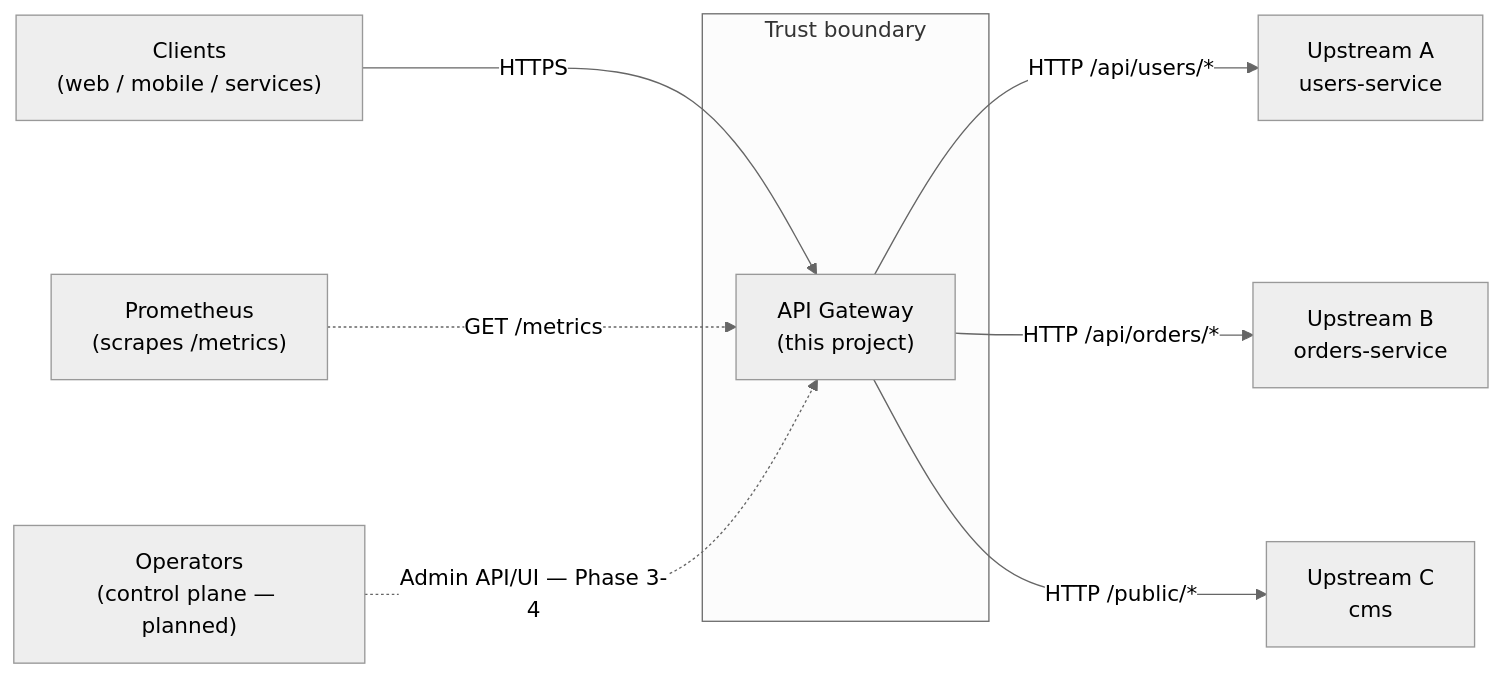
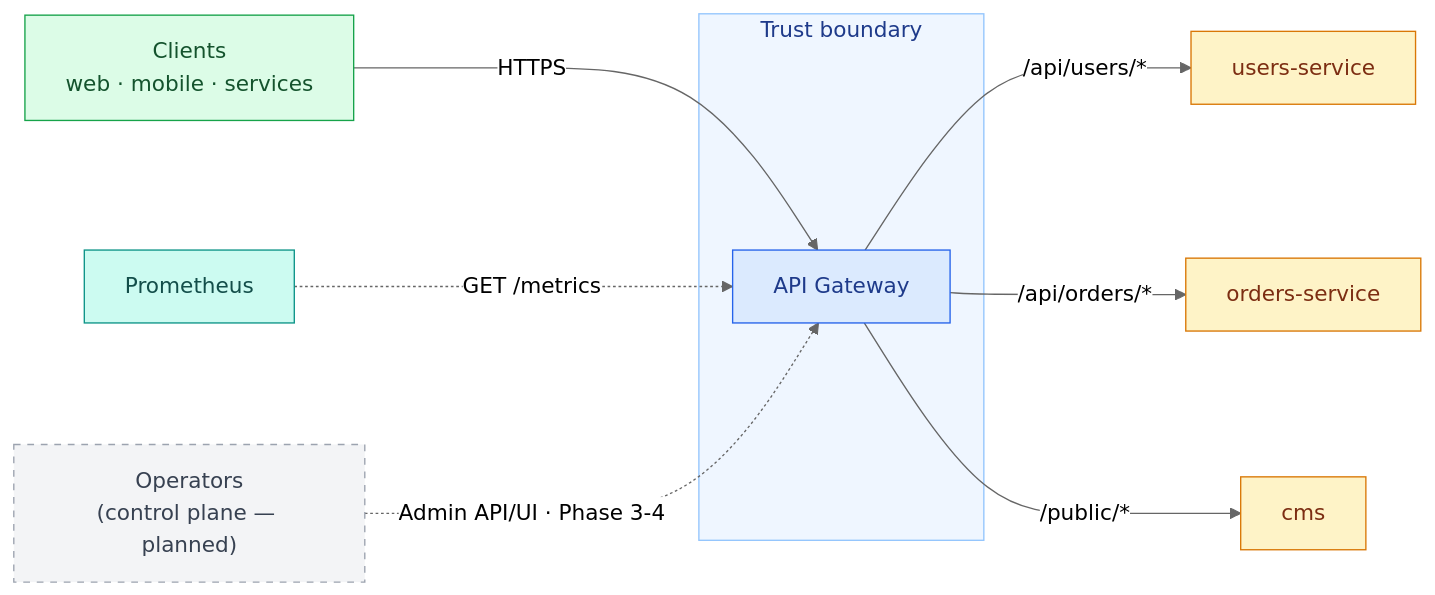
Before and after one commit to mohabnazmy/API-Gateway: the second of 15 diagrams in docs/architecture.md, drawn with Mermaid (neutral theme). The commit also changed other lines of this file, not shown here.

First line of the commit message:
docs: make architecture diagram-heavy and colored

````diff
--- a/docs/architecture.md
+++ b/docs/architecture.md
@@ -24,19 +47,28 @@
 ```mermaid
 flowchart LR
-    client["Clients<br/>(web / mobile / services)"]
+    client["Clients<br/>web · mobile · services"]:::client
+
     subgraph edge["Trust boundary"]
-        gw["API Gateway<br/>(this project)"]
+        gw["API Gateway"]:::gw
     end
-    upA["Upstream A<br/>users-service"]
-    upB["Upstream B<br/>orders-service"]
-    upC["Upstream C<br/>cms"]
-    prom["Prometheus<br/>(scrapes /metrics)"]
-    ops["Operators<br/>(control plane — planned)"]
+
+    upA["users-service"]:::up
+    upB["orders-service"]:::up
+    upC["cms"]:::up
+    prom["Prometheus"]:::obs
+    ops["Operators<br/>(control plane — planned)"]:::planned
 
     client -->|HTTPS| gw
-    gw -->|HTTP /api/users/*| upA
-    gw -->|HTTP /api/orders/*| upB
-    gw -->|HTTP /public/*| upC
+    gw -->|/api/users/*| upA
+    gw -->|/api/orders/*| upB
+    gw -->|/public/*| upC
     prom -.->|GET /metrics| gw
-    ops -.->|Admin API/UI — Phase 3-4| gw
+    ops -.->|Admin API/UI · Phase 3-4| gw
+
+    classDef client fill:#dcfce7,stroke:#16a34a,color:#14532d;
+    classDef gw fill:#dbeafe,stroke:#2563eb,color:#1e3a8a;
+    classDef up fill:#fef3c7,stroke:#d97706,color:#7c2d12;
+    classDef obs fill:#ccfbf1,stroke:#0d9488,color:#134e4a;
+    classDef planned fill:#f3f4f6,stroke:#9ca3af,color:#374151,stroke-dasharray:5 5;
+    style edge fill:#eff6ff,stroke:#93c5fd,color:#1e3a8a;
 ```
````
